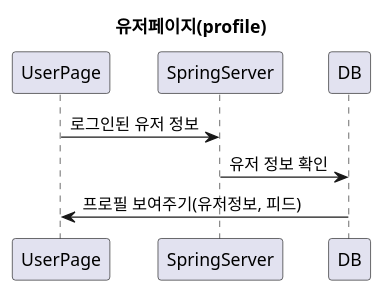
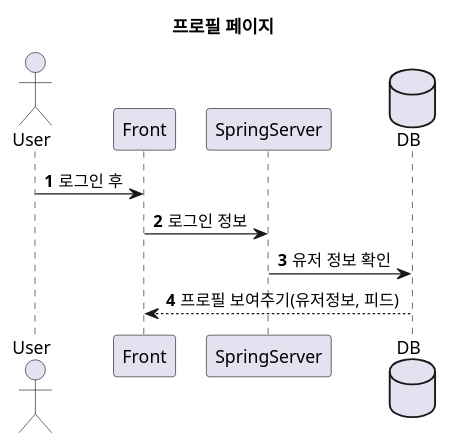
One commit to worldforest/MIT-myitteam changed the fourth of 9 diagrams in frontend/src/views/MIT(SSD).wsd. Above: the diagram before and after it, drawn with PlantUML. The commit also changed other lines of this file, not shown here.

```diff
--- a/frontend/src/views/MIT(SSD).wsd
+++ b/frontend/src/views/MIT(SSD).wsd
@@ -22,6 +38,10 @@
 @startuml
-title 유저페이지(profile)
-UserPage->SpringServer:로그인된 유저 정보
+title 프로필 페이지
+autonumber
+actor User
+User->Front:로그인 후
+Front->SpringServer:로그인 정보
+database DB
 SpringServer->DB:유저 정보 확인
-DB->UserPage:프로필 보여주기(유저정보, 피드)
+DB-->Front:프로필 보여주기(유저정보, 피드)
 @enduml
```
